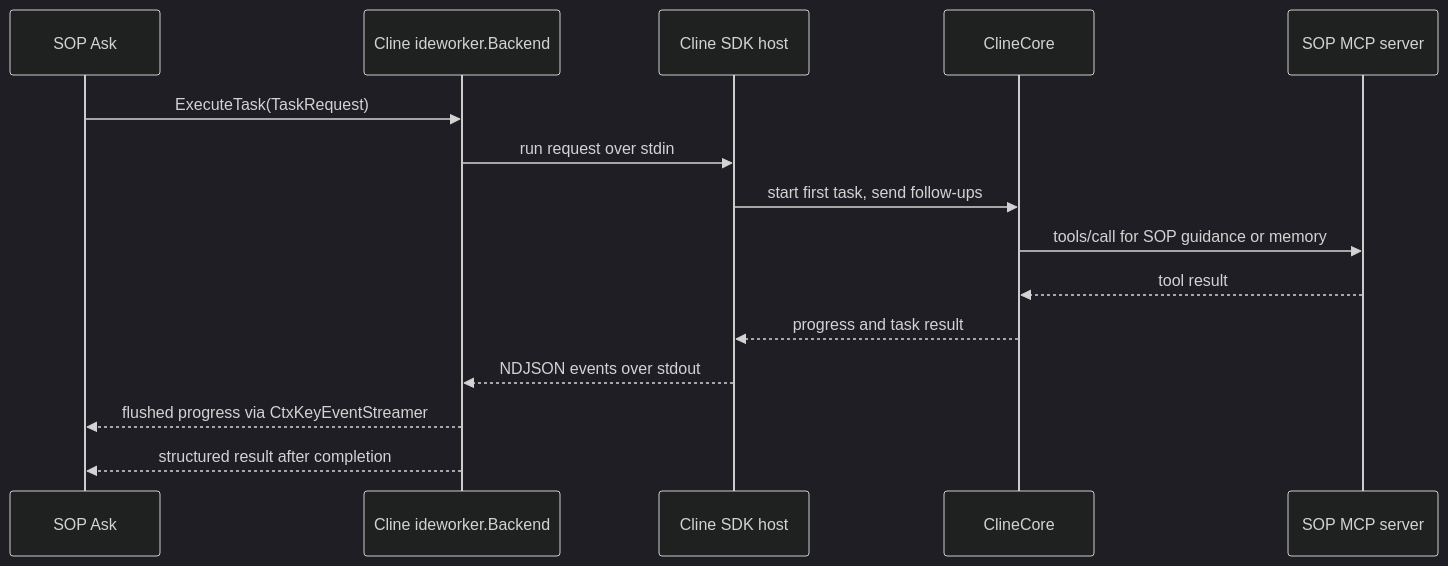
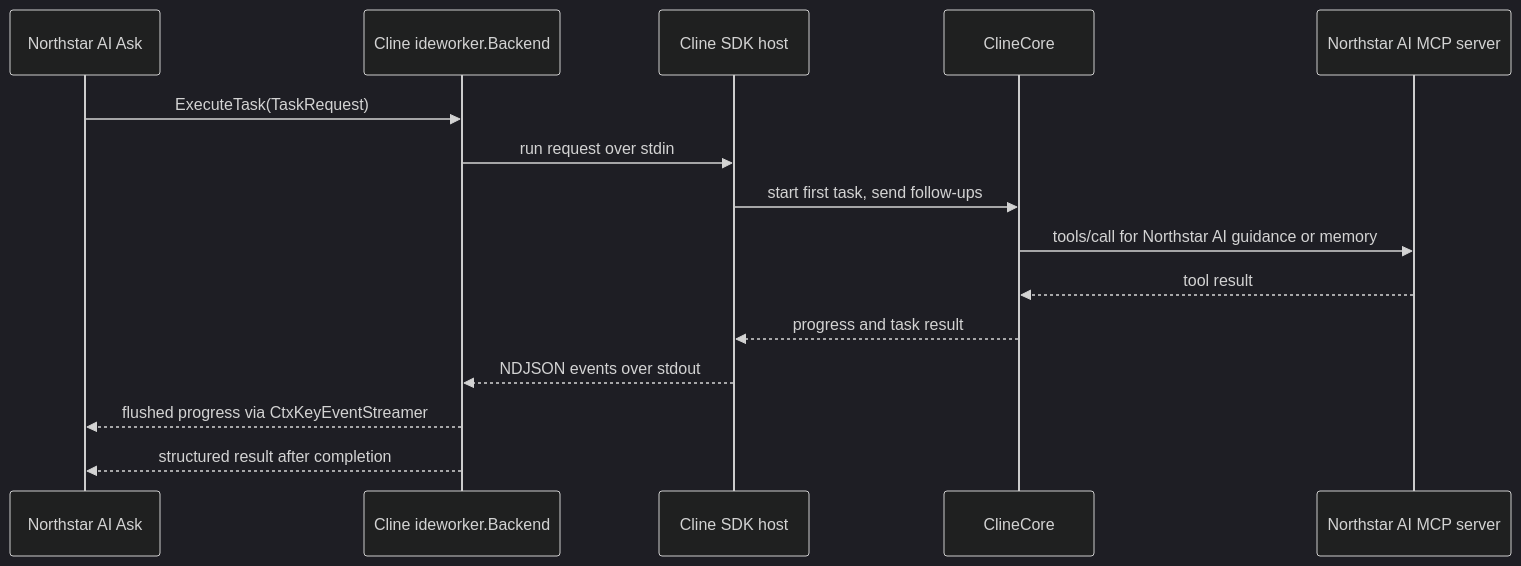
The second of 3 diagrams in docs/IDE_COPILOT_INTEGRATION_GUIDE.md (grecinto/sop), drawn with Mermaid (dark theme) before and after one commit. The commit also changed other lines of this file and 50 other files, not shown here.

````diff
--- a/docs/IDE_COPILOT_INTEGRATION_GUIDE.md
+++ b/docs/IDE_COPILOT_INTEGRATION_GUIDE.md
@@ -66,17 +66,17 @@
 ```mermaid
 sequenceDiagram
-  participant Ask as SOP Ask
+  participant Ask as Northstar AI Ask
   participant Backend as Cline ideworker.Backend
   participant Host as Cline SDK host
   participant Core as ClineCore
-  participant MCP as SOP MCP server
+  participant MCP as Northstar AI MCP server
   Ask->>Backend: ExecuteTask(TaskRequest)
   Backend->>Host: run request over stdin
   Host->>Core: start first task, send follow-ups
-  Core->>MCP: tools/call for SOP guidance or memory
+  Core->>MCP: tools/call for Northstar AI guidance or memory
   MCP-->>Core: tool result
   Core-->>Host: progress and task result
   Host-->>Backend: NDJSON events over stdout
   Backend-->>Ask: flushed progress via CtxKeyEventStreamer
   Backend-->>Ask: structured result after completion
 ```
````
